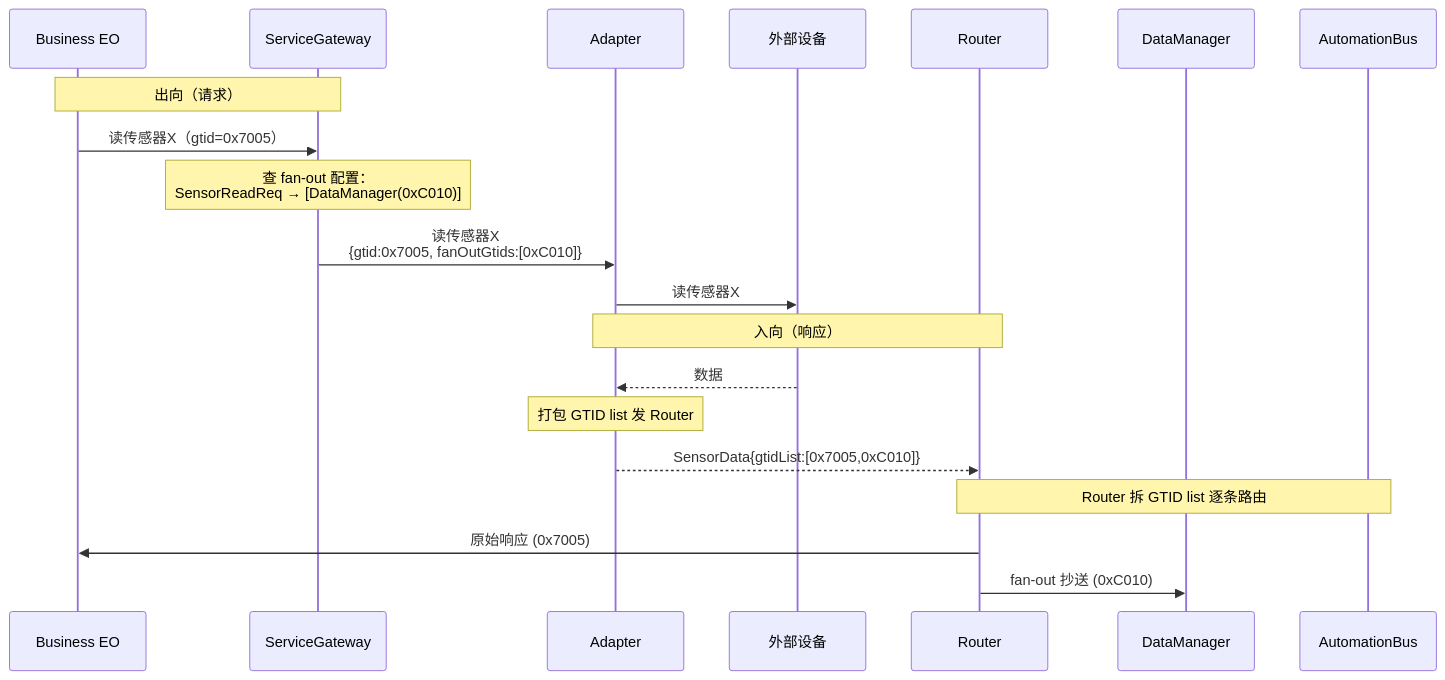
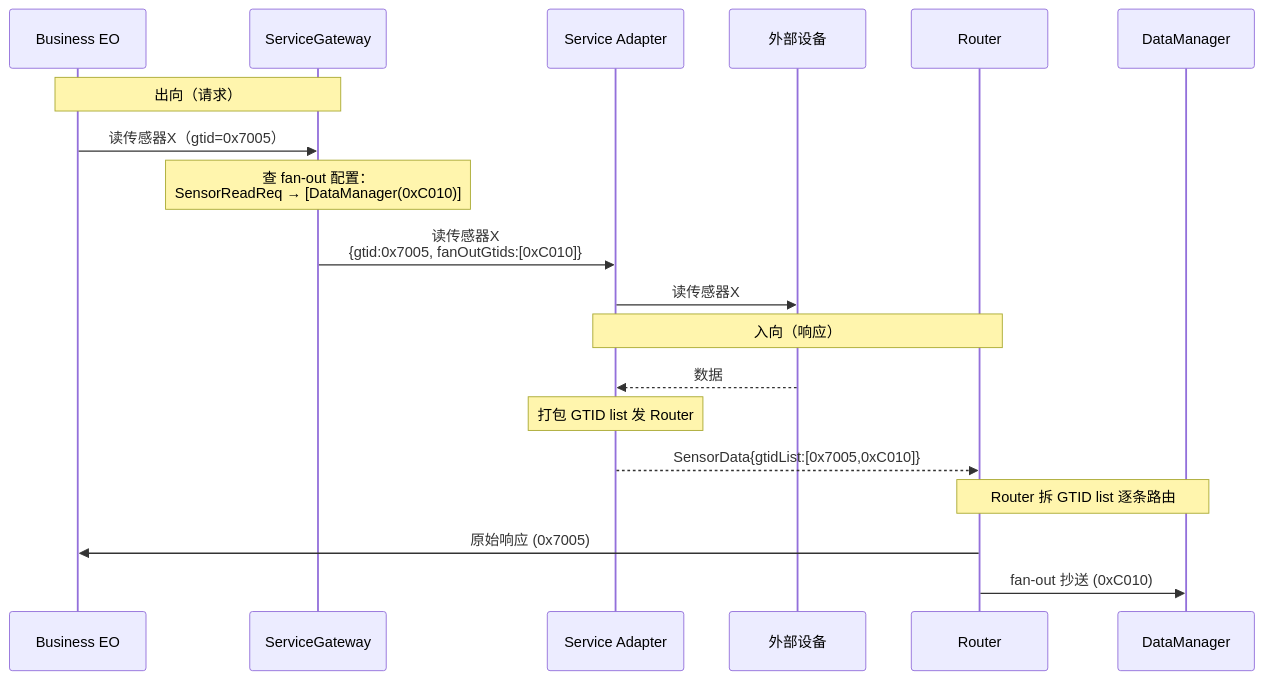
The second of 2 diagrams in README.md (yun-qilong/flow_hub), drawn with Mermaid before and after one commit. The commit also changed other lines of this file and 13 other files, not shown here.

````diff
--- a/README.md
+++ b/README.md
@@ -363,24 +545,23 @@
 ```mermaid
 sequenceDiagram
     participant EO as Business EO
     participant SG as ServiceGateway
-    participant Ad as Adapter
+    participant Ad as Service Adapter
     participant Dev as 外部设备
     participant R as Router
     participant DM as DataManager
-    participant AU as AutomationBus
 
     Note over EO,SG: 出向（请求）
     EO->>SG: 读传感器X（gtid=0x7005）
     Note over SG: 查 fan-out 配置：<br/>SensorReadReq → [DataManager(0xC010)]
     SG->>Ad: 读传感器X<br/>{gtid:0x7005, fanOutGtids:[0xC010]}
     Ad->>Dev: 读传感器X
 
     Note over Ad,R: 入向（响应）
     Dev-->>Ad: 数据
     Note over Ad: 打包 GTID list 发 Router
     Ad-->>R: SensorData{gtidList:[0x7005,0xC010]}
-    Note over R,AU: Router 拆 GTID list 逐条路由
+    Note over R,DM: Router 拆 GTID list 逐条路由
     R->>EO: 原始响应 (0x7005)
     R->>DM: fan-out 抄送 (0xC010)
 ```
````
